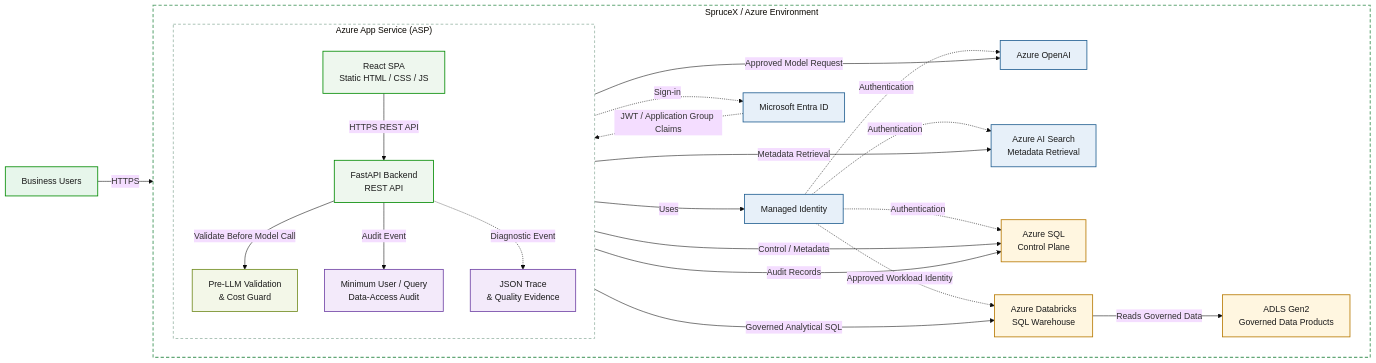
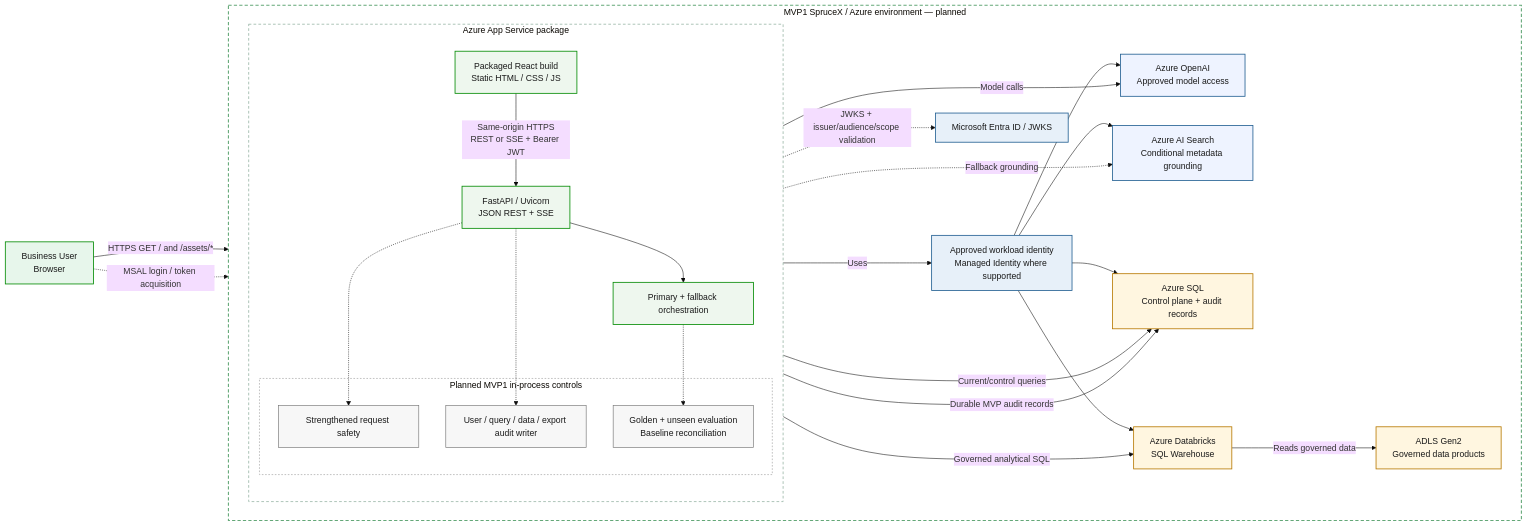
Before and after one commit to hesam-hakimi/usefull_prompt: the diagram in docs/architecture/mvp1/mvp1_architecture.mmd, drawn with Mermaid (base theme).

Commit message:
docs(architecture): align MVP1 view with verified current boundary

```diff
--- a/docs/architecture/mvp1/mvp1_architecture.mmd
+++ b/docs/architecture/mvp1/mvp1_architecture.mmd
@@ -1,61 +1,68 @@
 flowchart LR
-    user["Business Users"]
+    user["Business User<br/>Browser"]
 
-    subgraph sprucex["SpruceX / Azure Environment"]
+    subgraph sprucex["MVP1 SpruceX / Azure environment — planned"]
         direction LR
 
-        subgraph hosting["Azure App Service (ASP)"]
+        subgraph app["Azure App Service package"]
             direction TB
-            react["React SPA<br/>Static HTML / CSS / JS"]
-            api["FastAPI Backend<br/>REST API"]
-            safety["Pre-LLM Validation<br/>& Cost Guard"]
-            audit["Minimum User / Query<br/>Data-Access Audit"]
-            trace["JSON Trace<br/>& Quality Evidence"]
-            react -->|"HTTPS REST API"| api
-            api -->|"Validate Before Model Call"| safety
-            api -->|"Audit Event"| audit
-            api -.->|"Diagnostic Event"| trace
+            react["Packaged React build<br/>Static HTML / CSS / JS"]
+            api["FastAPI / Uvicorn<br/>JSON REST + SSE"]
+            runtime["Primary + fallback orchestration"]
+
+            subgraph controls["Planned MVP1 in-process controls"]
+                safety["Strengthened request safety"]
+                audit["User / query / data / export audit writer"]
+                quality["Golden + unseen evaluation<br/>Baseline reconciliation"]
+            end
+
+            react -->|"Same-origin HTTPS<br/>REST or SSE + Bearer JWT"| api
+            api --> runtime
+            api -.-> safety
+            api -.-> audit
+            runtime -.-> quality
         end
 
-        entra["Microsoft Entra ID"]
-        mi["Managed Identity"]
-        openai["Azure OpenAI"]
-        search["Azure AI Search<br/>Metadata Retrieval"]
-        sql["Azure SQL<br/>Control Plane"]
+        entra["Microsoft Entra ID / JWKS"]
+        mi["Approved workload identity<br/>Managed Identity where supported"]
+        openai["Azure OpenAI<br/>Approved model access"]
+        search["Azure AI Search<br/>Conditional metadata grounding"]
+        sql["Azure SQL<br/>Control plane + audit records"]
         dbsql["Azure Databricks<br/>SQL Warehouse"]
-        adls["ADLS Gen2<br/>Governed Data Products"]
+        adls["ADLS Gen2<br/>Governed data products"]
 
         api -->|"Uses"| mi
-        safety -->|"Approved Model Request"| openai
-        api -->|"Metadata Retrieval"| search
-        api -->|"Control / Metadata"| sql
-        audit -->|"Audit Records"| sql
-        api -->|"Governed Analytical SQL"| dbsql
-        dbsql -->|"Reads Governed Data"| adls
+        mi --> openai
+        mi --> search
+        mi --> sql
+        mi --> dbsql
 
-        mi -.->|"Authentication"| openai
-        mi -.->|"Authentication"| search
-        mi -.->|"Authentication"| sql
-        mi -.->|"Approved Workload Identity"| dbsql
+        runtime -->|"Current/control queries"| sql
+        runtime -.->|"Fallback grounding"| search
+        runtime -->|"Model calls"| openai
+        runtime -->|"Governed analytical SQL"| dbsql
+        dbsql -->|"Reads governed data"| adls
+        audit -->|"Durable MVP audit records"| sql
     end
 
-    user -->|"HTTPS"| react
-    react -.->|"Sign-in"| entra
-    entra -.->|"JWT / Application Group Claims"| api
+    user -->|"HTTPS GET / and /assets/*"| react
+    user -.->|"MSAL login / token acquisition"| entra
+    api -.->|"JWKS + issuer/audience/scope validation"| entra
 
-    classDef user fill:#e7f6eb,stroke:#008a00,stroke-width:1.5px,color:#1a1a1a;
+    classDef actor fill:#e7f6eb,stroke:#008a00,stroke-width:1.5px,color:#1a1a1a;
     classDef app fill:#eef7ee,stroke:#008a00,stroke-width:1.5px,color:#1a1a1a;
-    classDef control fill:#f3f7e8,stroke:#708b1e,stroke-width:1.5px,color:#1a1a1a;
-    classDef azure fill:#e7f0f9,stroke:#205e91,stroke-width:1.5px,color:#1a1a1a;
+    classDef control fill:#f7f7f7,stroke:#777777,stroke-width:1.2px,color:#1a1a1a;
+    classDef identity fill:#e7f0f9,stroke:#205e91,stroke-width:1.5px,color:#1a1a1a;
     classDef data fill:#fff6e0,stroke:#b77800,stroke-width:1.5px,color:#1a1a1a;
-    classDef telemetry fill:#f3eafa,stroke:#6f42a5,stroke-width:1.5px,color:#1a1a1a;
+    classDef ai fill:#eef3ff,stroke:#205e91,stroke-width:1.5px,color:#1a1a1a;
 
-    class user user;
-    class react,api app;
-    class safety control;
-    class entra,mi,openai,search azure;
+    class user actor;
+    class react,api,runtime app;
+    class safety,audit,quality control;
+    class entra,mi identity;
     class sql,dbsql,adls data;
-    class audit,trace telemetry;
+    class openai,search ai;
 
     style sprucex fill:#ffffff,stroke:#64a878,stroke-width:2px,stroke-dasharray:6 4
-    style hosting fill:#ffffff,stroke:#9ab7a7,stroke-width:1.5px,stroke-dasharray:5 4
+    style app fill:#ffffff,stroke:#9ab7a7,stroke-width:1.5px,stroke-dasharray:5 4
+    style controls fill:#ffffff,stroke:#999999,stroke-width:1.1px,stroke-dasharray:3 3
```
